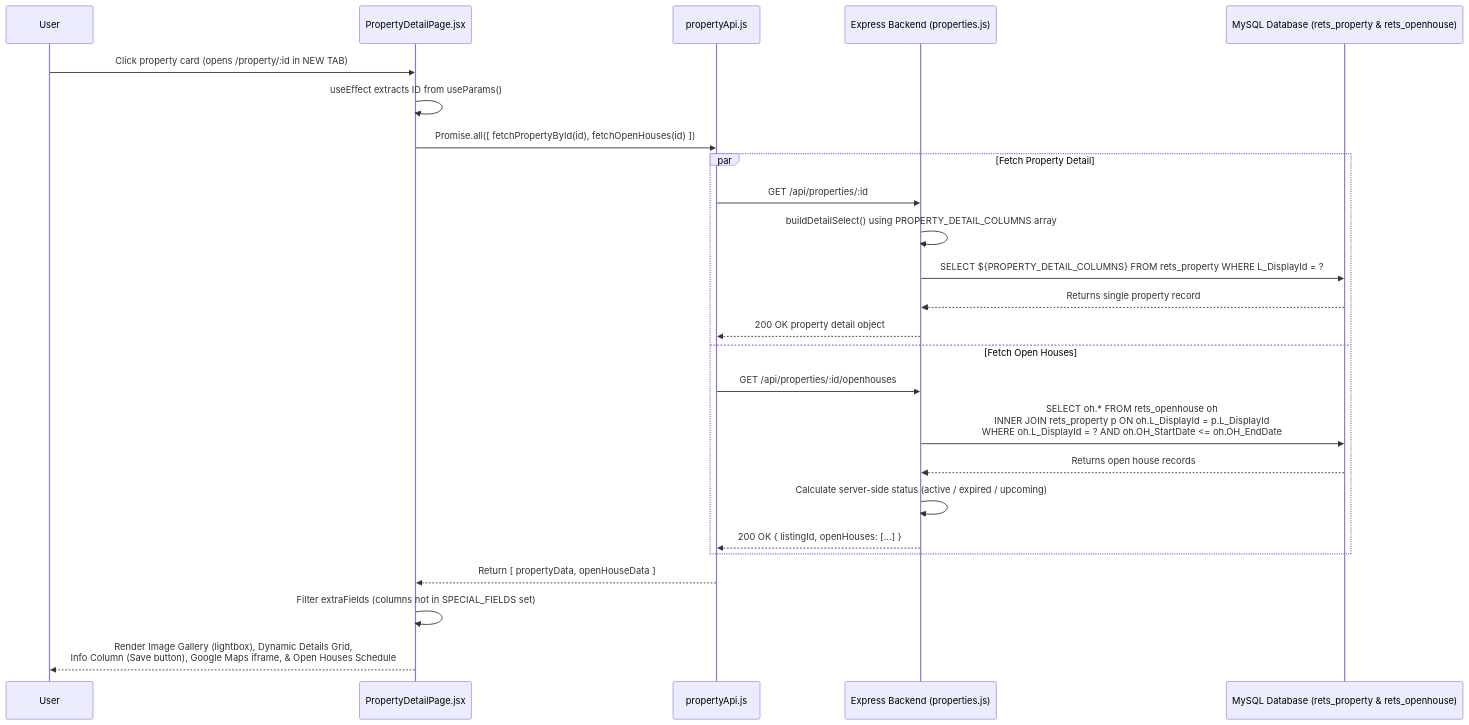
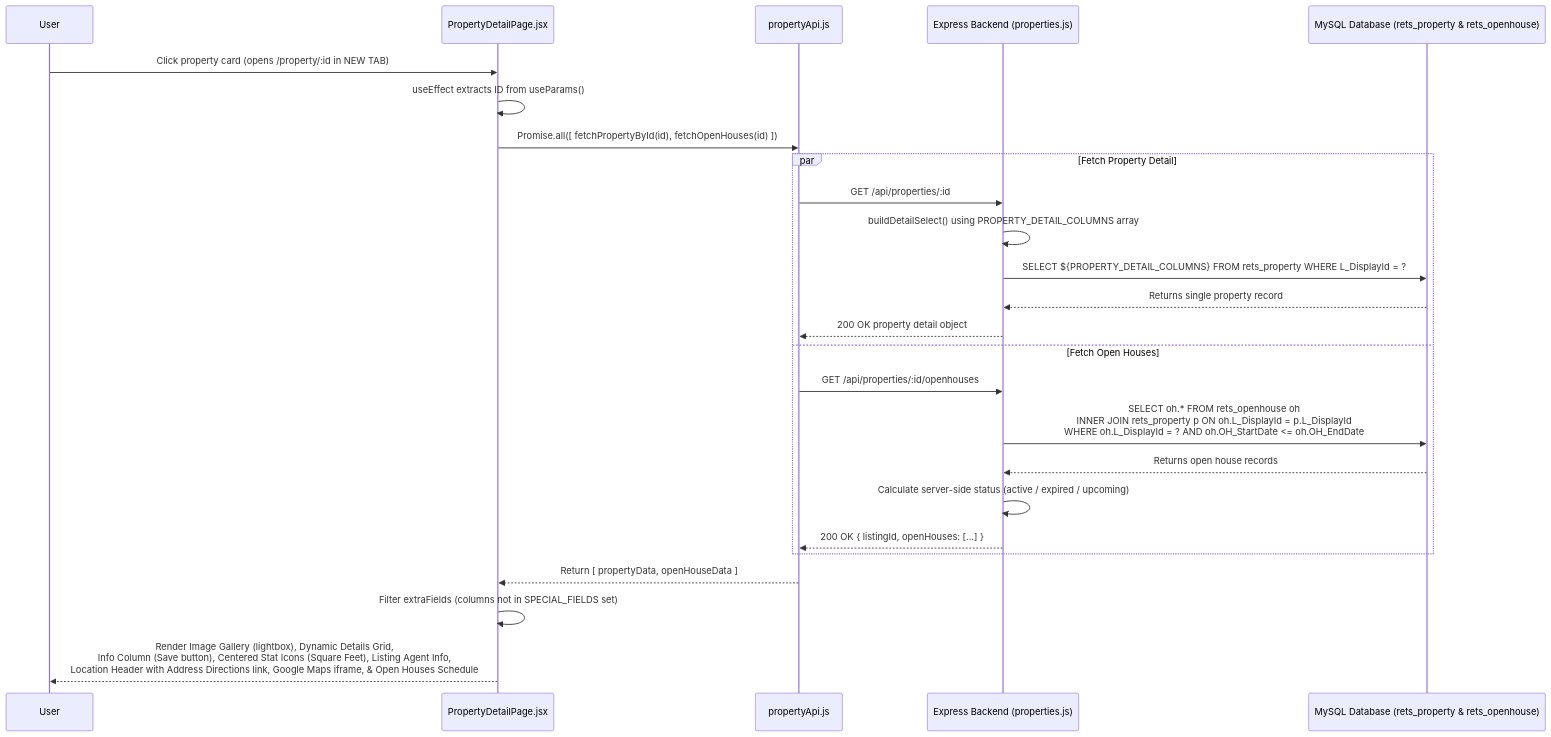
Before and after one commit to Franghias/SDE_Intern_IDXExchange: the fifth of 6 diagrams in frontend/FLOW.md, drawn with Mermaid. The commit also changed 15 other files, not shown here.

````diff
--- a/frontend/FLOW.md
+++ b/frontend/FLOW.md
@@ -181,30 +181,30 @@
 ```mermaid
 sequenceDiagram
     participant User
     participant DP as PropertyDetailPage.jsx
     participant API as propertyApi.js
     participant Express as Express Backend (properties.js)
     participant DB as MySQL Database (rets_property & rets_openhouse)
 
     User->>DP: Click property card (opens /property/:id in NEW TAB)
     DP->>DP: useEffect extracts ID from useParams()
     DP->>API: Promise.all([ fetchPropertyById(id), fetchOpenHouses(id) ])
 
     par Fetch Property Detail
         API->>Express: GET /api/properties/:id
         Express->>Express: buildDetailSelect() using PROPERTY_DETAIL_COLUMNS array
         Express->>DB: SELECT ${PROPERTY_DETAIL_COLUMNS} FROM rets_property WHERE L_DisplayId = ?
         DB-->>Express: Returns single property record
         Express-->>API: 200 OK property detail object
     and Fetch Open Houses
         API->>Express: GET /api/properties/:id/openhouses
         Express->>DB: SELECT oh.* FROM rets_openhouse oh<br/>INNER JOIN rets_property p ON oh.L_DisplayId = p.L_DisplayId<br/>WHERE oh.L_DisplayId = ? AND oh.OH_StartDate <= oh.OH_EndDate
         DB-->>Express: Returns open house records
         Express->>Express: Calculate server-side status (active / expired / upcoming)
         Express-->>API: 200 OK { listingId, openHouses: [...] }
     end
 
     API-->>DP: Return [ propertyData, openHouseData ]
     DP->>DP: Filter extraFields (columns not in SPECIAL_FIELDS set)
-    DP-->>User: Render Image Gallery (lightbox), Dynamic Details Grid,<br/>Info Column (Save button), Google Maps iframe, & Open Houses Schedule
+    DP-->>User: Render Image Gallery (lightbox), Dynamic Details Grid,<br/>Info Column (Save button), Centered Stat Icons (Square Feet), Listing Agent Info,<br/>Location Header with Address Directions link, Google Maps iframe, & Open Houses Schedule
 ```
````
